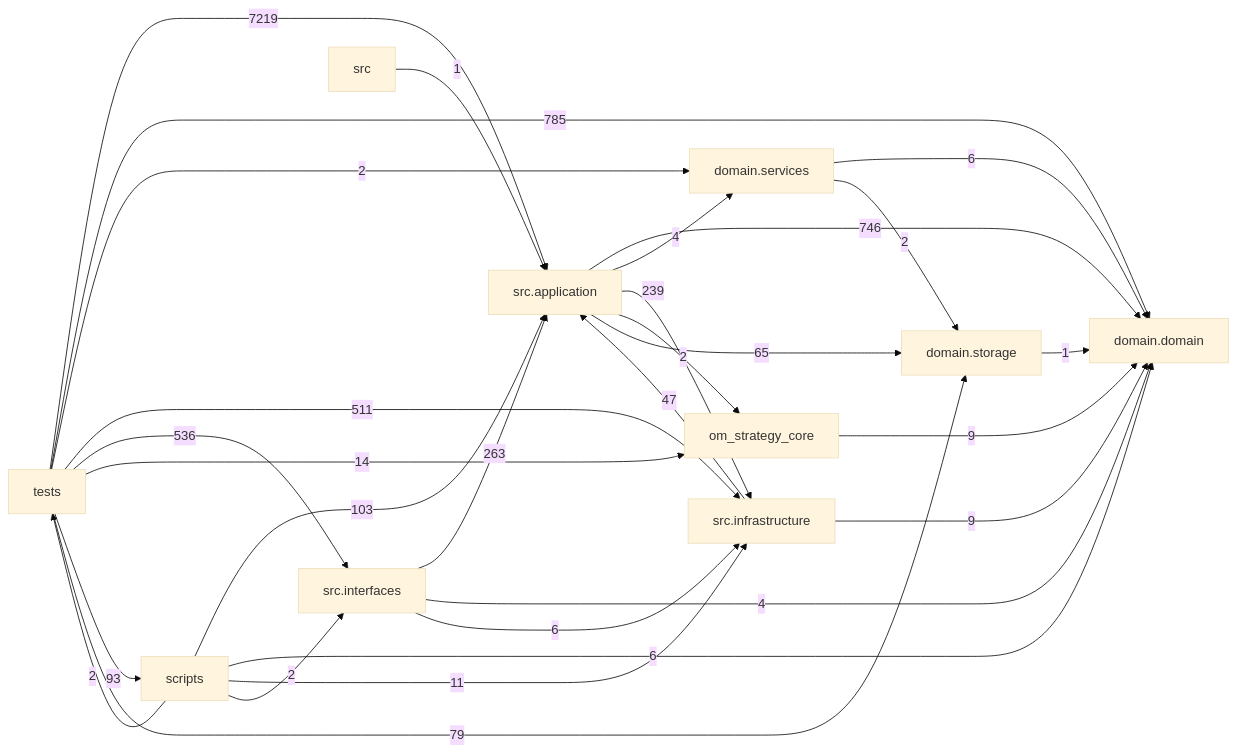
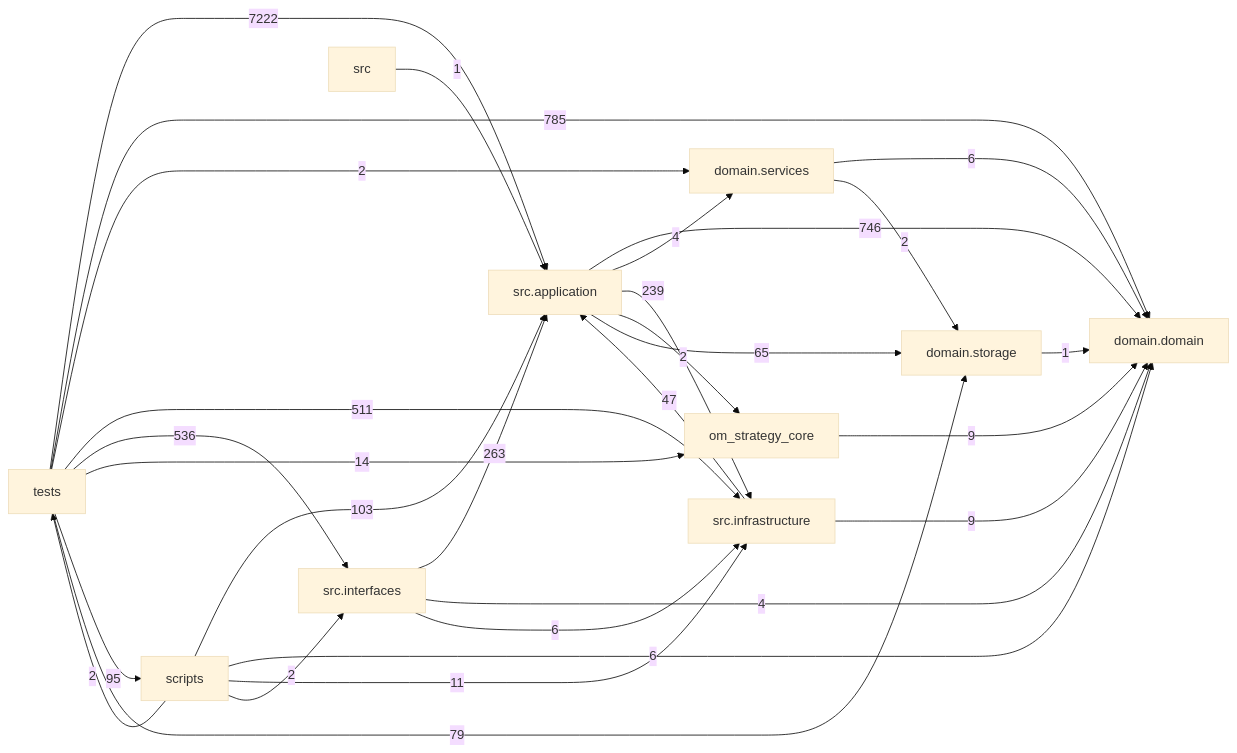
Before and after one commit to liuxie066/options-monitor: the diagram in docs/DEPENDENCY_GRAPH.md, drawn with Mermaid (base theme). The commit also changed other lines of this file and 7 other files, not shown here.

````diff
--- a/docs/DEPENDENCY_GRAPH.md
+++ b/docs/DEPENDENCY_GRAPH.md
@@ -24,39 +24,39 @@
 ```mermaid
 flowchart LR
   tests["tests"]
   scripts["scripts"]
   interfaces["src.interfaces"]
   application["src.application"]
   infrastructure["src.infrastructure"]
   domain_services["domain.services"]
   domain["domain.domain"]
   storage["domain.storage"]
   application -->|746| domain
   application -->|4| domain_services
   application -->|239| infrastructure
   application -->|2| om_strategy_core
   application -->|65| storage
   domain_services -->|6| domain
   domain_services -->|2| storage
   infrastructure -->|47| application
   infrastructure -->|9| domain
   interfaces -->|263| application
   interfaces -->|4| domain
   interfaces -->|6| infrastructure
   om_strategy_core -->|9| domain
   scripts -->|103| application
   scripts -->|6| domain
   scripts -->|11| infrastructure
   scripts -->|2| interfaces
   scripts -->|2| tests
   src -->|1| application
   storage -->|1| domain
-  tests -->|7219| application
+  tests -->|7222| application
   tests -->|785| domain
   tests -->|2| domain_services
   tests -->|511| infrastructure
   tests -->|536| interfaces
   tests -->|14| om_strategy_core
-  tests -->|93| scripts
+  tests -->|95| scripts
   tests -->|79| storage
 ```
````
